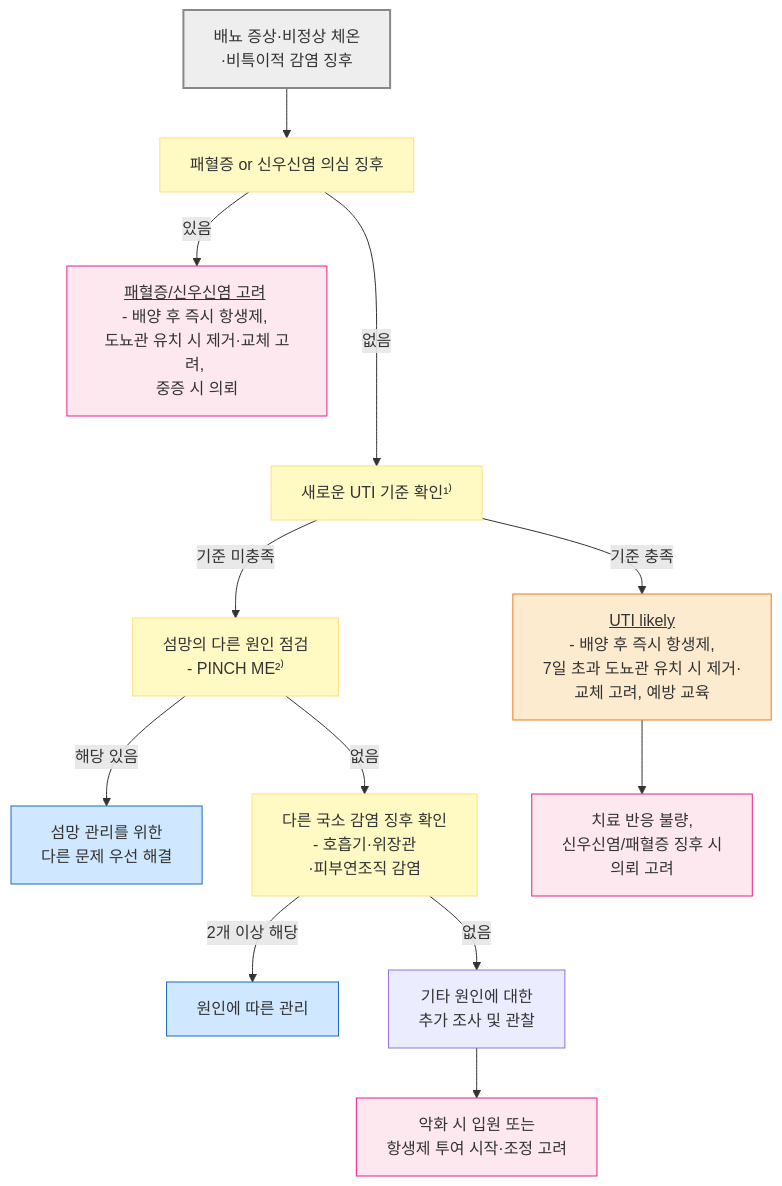
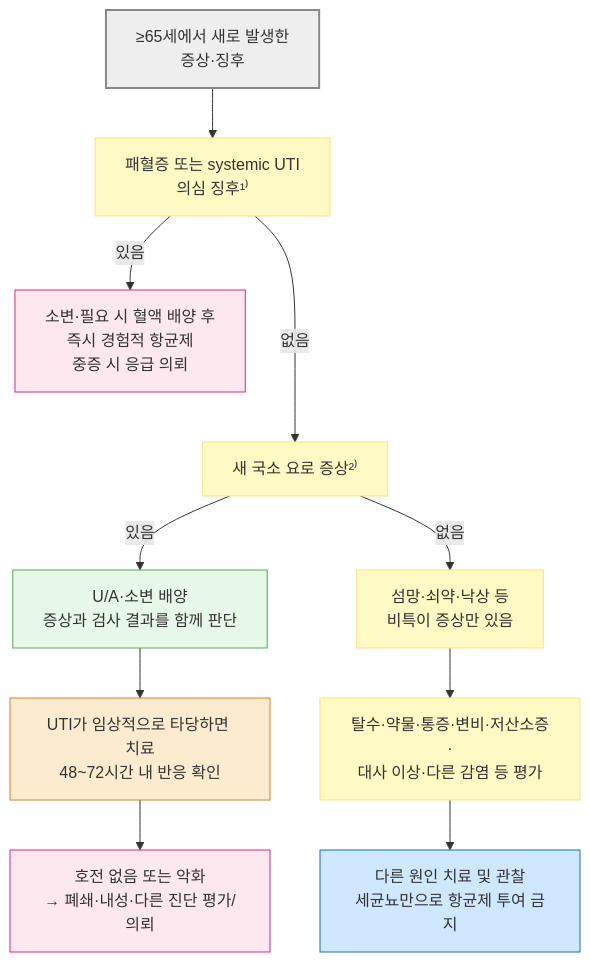
Before and after one commit to familyoh77/familyoh77: the second of 5 diagrams in 227_/113_-urinary-tract-infection.md, drawn with Mermaid. The commit also changed other lines of this file and 7 other files, not shown here.

````diff
--- a/227_/113_-urinary-tract-infection.md
+++ b/227_/113_-urinary-tract-infection.md
@@ -158,24 +157,22 @@
 ```mermaid
 graph TD
-    A["배뇨 증상·비정상 체온<br/>·비특이적 감염 징후"] 
---> B["패혈증 or 신우신염 의심 징후"]
-    B -->|있음| B1["<u>패혈증/신우신염 고려</u> <br/>- 배양 후 즉시 항생제, <br/>도뇨관 유치 시 제거·교체 고려, <br/>중증 시 의뢰"]
-    B --->|없음| C["새로운 UTI 기준 확인¹⁾"]
-    C -->|기준 충족| D["<u>UTI likely</u> <br/>- 배양 후 즉시 항생제, <br/>7일 초과 도뇨관 유치 시 제거·<br/>교체 고려, 예방 교육"]
-    C -->|기준 미충족| E["섬망의 다른 원인 점검 <br/>- PINCH ME²⁾"]
-    E -->|해당 있음| E1["섬망 관리를 위한 <br/>다른 문제 우선 해결"]
-    E -->|없음| F["다른 국소 감염 징후 확인 <br/>- 호흡기·위장관<br/>·피부연조직 감염"]
-    F -->|2개 이상 해당| F1["원인에 따른 관리"]
-    F -->|없음| G["기타 원인에 대한 <br/>추가 조사 및 관찰"]
-    D --> H["치료 반응 불량, <br/>신우신염/패혈증 징후 시 <br/>의뢰 고려"]
-    G --> I["악화 시 입원 또는 <br/>항생제 투여 시작·조정 고려"]
+    A["≥65세에서 새로 발생한<br/>증상·징후"] --> B["패혈증 또는 systemic UTI<br/>의심 징후¹⁾"]
+    B -->|있음| B1["소변·필요 시 혈액 배양 후<br/>즉시 경험적 항균제<br/>중증 시 응급 의뢰"]
+    B --->|없음| C["새 국소 요로 증상²⁾"]
+    C -->|있음| D["U/A·소변 배양<br/>증상과 검사 결과를 함께 판단"]
+    C -->|없음| E["섬망·쇠약·낙상 등<br/>비특이 증상만 있음"]
+    E --> F["탈수·약물·통증·변비·저산소증·<br/>대사 이상·다른 감염 등 평가"]
+    F --> G["다른 원인 치료 및 관찰<br/>세균뇨만으로 항균제 투여 금지"]
+    D --> H["UTI가 임상적으로 타당하면 치료<br/>48~72시간 내 반응 확인"]
+    H --> I["호전 없음 또는 악화<br/>→ 폐쇄·내성·다른 진단 평가/의뢰"]
 
 style A fill:#eeeeee,stroke:#888888,stroke-width:2px
 classDef yellow fill:#fff9c4,stroke:#ffe082
-class B,C,E,F yellow
+    class B,C,E,F yellow
 classDef pink fill:#fde8f0,stroke:#e91e8c
-class B1,H,I pink
+    class B1,I pink
 classDef blue fill:#d0e8ff,stroke:#1a6abf
-class E1,F1 blue
-style D fill:#fdebd0,stroke:#e67e22
+    class G blue
+    style D fill:#e8f8e8,stroke:#4caf50
+    style H fill:#fdebd0,stroke:#e67e22
 ```
````
